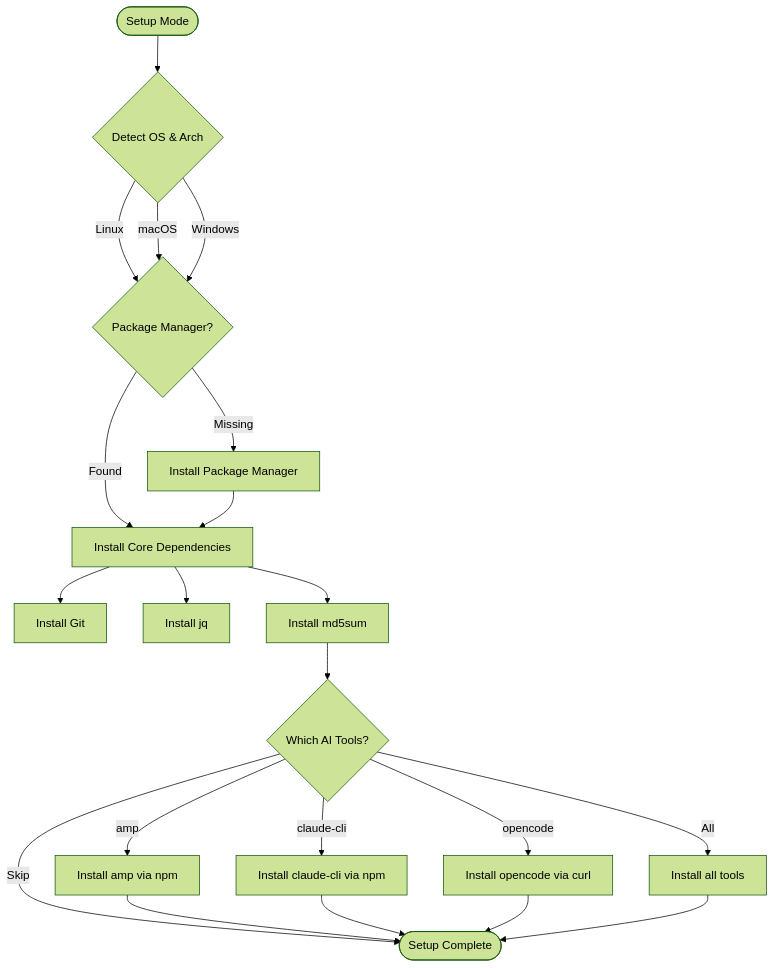
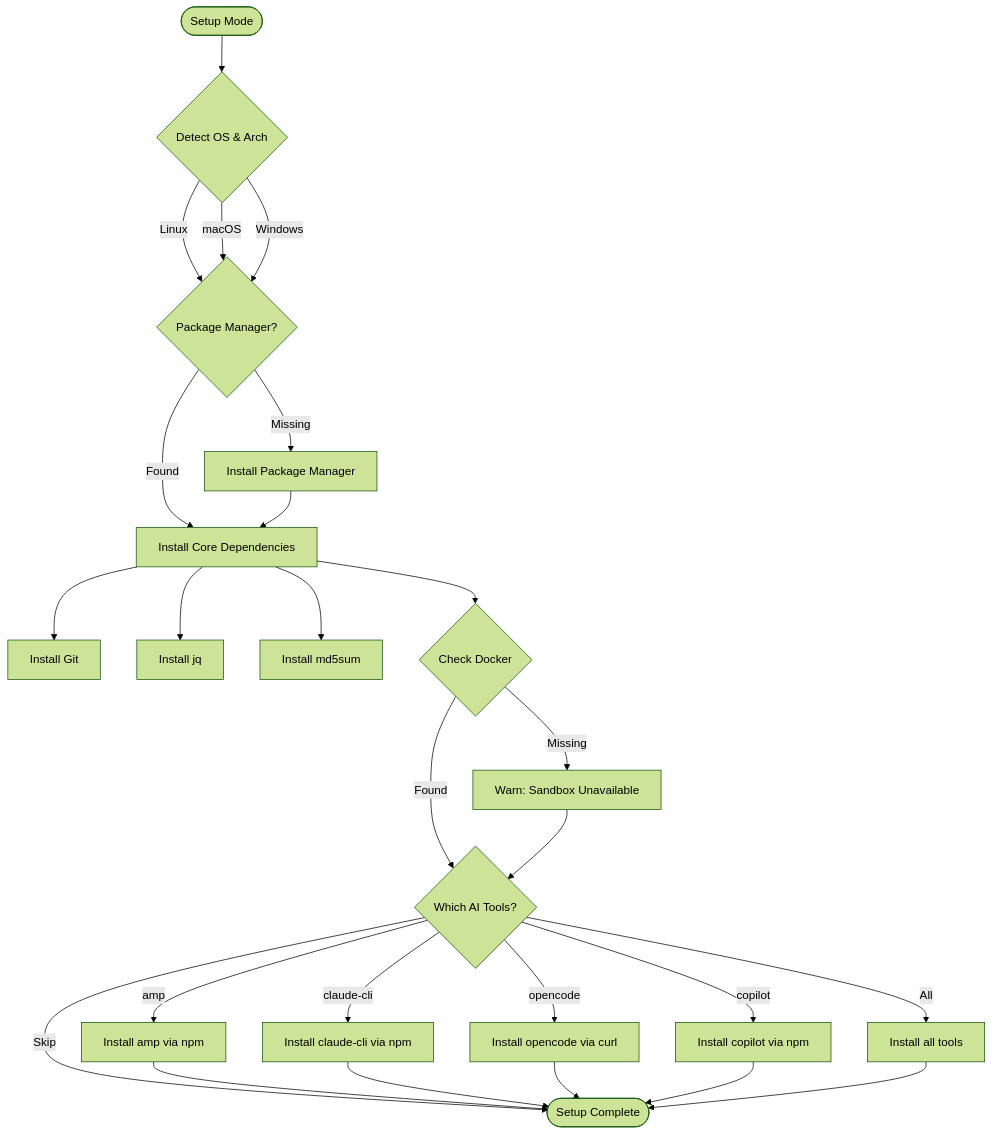
The fourth of 5 diagrams in README.md (WomB0ComB0/ralph), drawn with Mermaid (forest theme) before and after one commit. The commit also changed other lines of this file, not shown here.

First line of the commit message:
docs(readme): :memo: Expand architecture diagrams and document Swarm structure

````diff
--- a/README.md
+++ b/README.md
@@ -238,32 +264,39 @@
 ```mermaid
 flowchart TD
     Start([Setup Mode]) --> DetectOS{Detect OS & Arch}
     
     DetectOS -->|Linux| CheckPkgMgr
     DetectOS -->|macOS| CheckPkgMgr
     DetectOS -->|Windows| CheckPkgMgr
     
     CheckPkgMgr{Package Manager?}
     CheckPkgMgr -->|Found| InstallCore
     CheckPkgMgr -->|Missing| InstallPkgMgr[Install Package Manager]
     
     InstallPkgMgr --> InstallCore
     
     InstallCore[Install Core Dependencies]
     InstallCore --> Git[Install Git]
     InstallCore --> JQ[Install jq]
     InstallCore --> MD5[Install md5sum]
+    InstallCore --> Docker{Check Docker}
     
-    MD5 --> PromptAI{Which AI Tools?}
+    Docker -->|Found| PromptAI
+    Docker -->|Missing| WarnDocker[Warn: Sandbox Unavailable]
+    WarnDocker --> PromptAI
+    
+    PromptAI{Which AI Tools?}
     
     PromptAI -->|amp| InstallAMP[Install amp via npm]
     PromptAI -->|claude-cli| InstallClaude[Install claude-cli via npm]
     PromptAI -->|opencode| InstallOpenCode[Install opencode via curl]
+    PromptAI -->|copilot| InstallCopilot[Install copilot via npm]
     PromptAI -->|All| InstallAll[Install all tools]
     PromptAI -->|Skip| Complete
     
     InstallAMP --> Complete([Setup Complete])
     InstallClaude --> Complete
     InstallOpenCode --> Complete
+    InstallCopilot --> Complete
     InstallAll --> Complete
 ```
````
